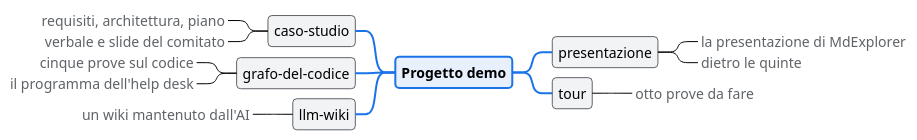
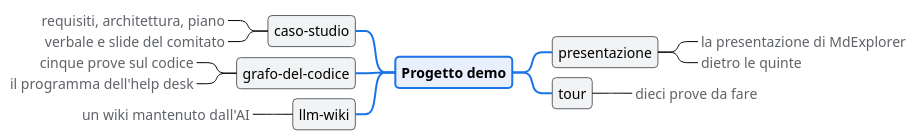
Before and after one commit to salaroglio/mdexplorer-demo: the diagram in README.md, drawn with PlantUML. The commit also changed other lines of this file and 9 other files, not shown here.

````diff
--- a/README.md
+++ b/README.md
@@ -67,39 +69,39 @@
 ```plantuml
 @startmindmap
 !theme plain
 <style>
 mindmapDiagram {
   node {
     BackgroundColor #F1F3F4
     LineColor #5F6368
     RoundCorner 8
     Padding 6
   }
   :depth(0) {
     BackgroundColor #E8F0FE
     LineColor #1A73E8
     LineThickness 2
     FontStyle bold
   }
   boxless {
     FontColor #5F6368
   }
 }
 </style>
 * Progetto demo
 ** presentazione
 ***_ la presentazione di MdExplorer
 ***_ dietro le quinte
 ** tour
-***_ otto prove da fare
+***_ dieci prove da fare
 left side
 ** caso-studio
 ***_ requisiti, architettura, piano
 ***_ verbale e slide del comitato
 ** grafo-del-codice
 ***_ cinque prove sul codice
 ***_ il programma dell'help desk
 ** llm-wiki
 ***_ un wiki mantenuto dall'AI
 @endmindmap
 ```
````
